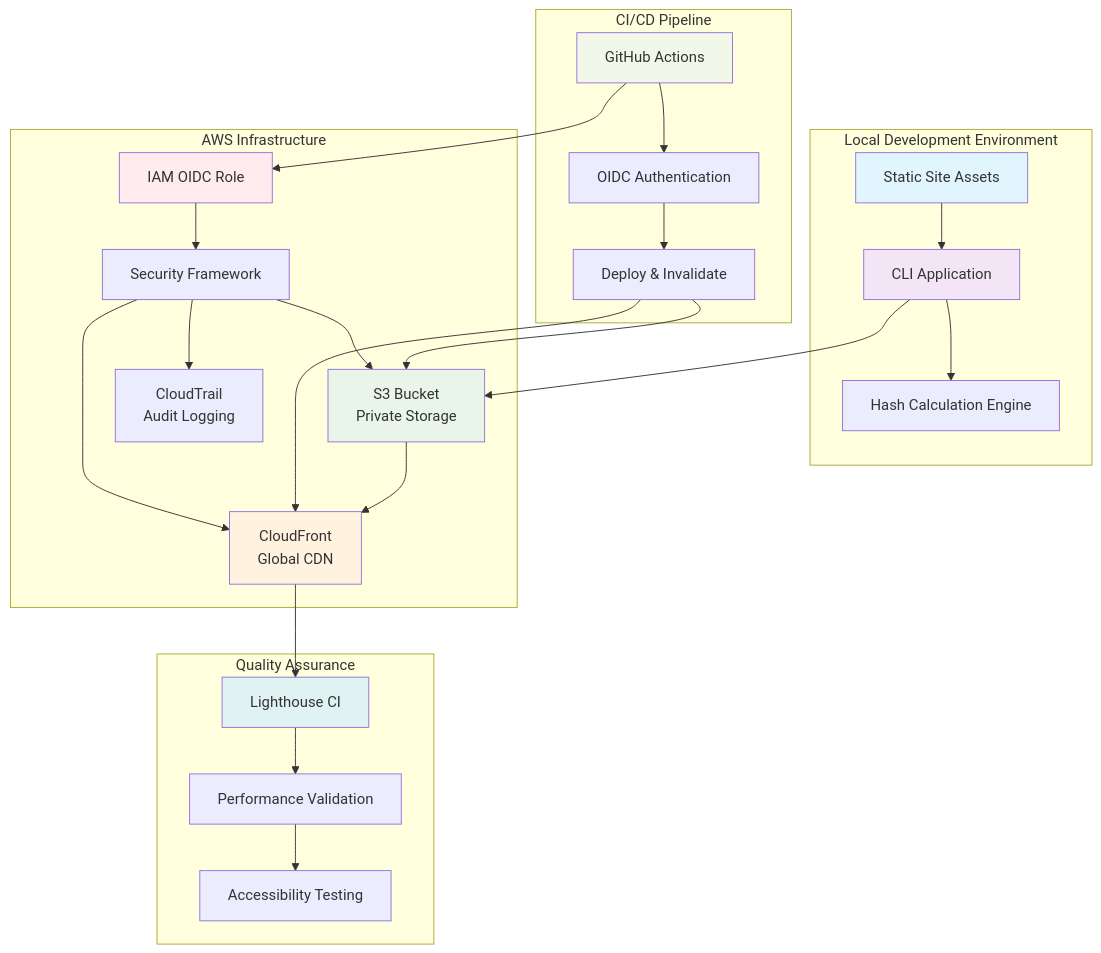
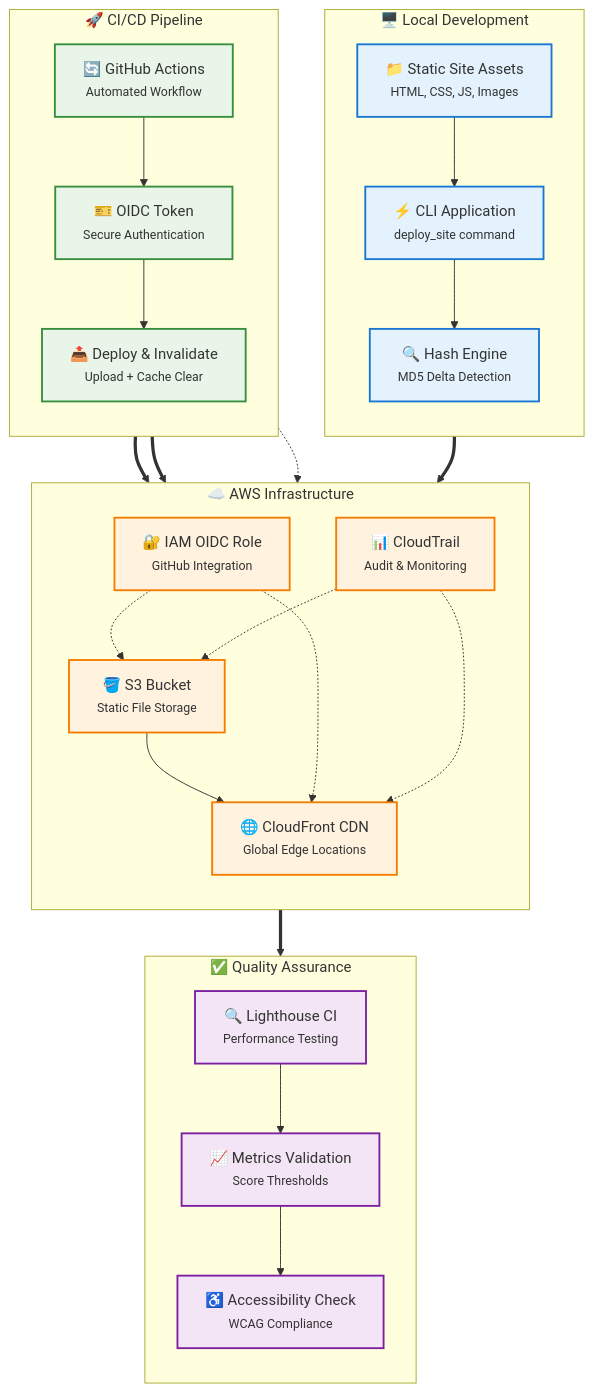
The first of 7 diagrams in README.md (RyanPatty/DevOps), drawn with Mermaid before and after one commit. The commit also changed other lines of this file and 2 other files, not shown here.

````diff
--- a/README.md
+++ b/README.md
@@ -118,40 +118,60 @@
 ```mermaid
-graph TB
-    subgraph "Local Development Environment"
-        A[Static Site Assets] --> B[CLI Application]
-        B --> C[Hash Calculation Engine]
+flowchart TB
+    subgraph DEV["🖥️ Local Development"]
+        direction TB
+        A["📁 Static Site Assets<br/><small>HTML, CSS, JS, Images</small>"] 
+        B["⚡ CLI Application<br/><small>deploy_site command</small>"]
+        C["🔍 Hash Engine<br/><small>MD5 Delta Detection</small>"]
+        A --> B
+        B --> C
     end
     
-    subgraph "AWS Infrastructure"
-        D[S3 Bucket<br/>Private Storage] --> E[CloudFront<br/>Global CDN]
-        F[IAM OIDC Role] --> G[Security Framework]
-        H[CloudTrail<br/>Audit Logging]
+    subgraph AWS["☁️ AWS Infrastructure"]
+        direction TB
+        D["🪣 S3 Bucket<br/><small>Static File Storage</small>"]
+        E["🌐 CloudFront CDN<br/><small>Global Edge Locations</small>"]
+        F["🔐 IAM OIDC Role<br/><small>GitHub Integration</small>"]
+        H["📊 CloudTrail<br/><small>Audit & Monitoring</small>"]
+        D --> E
+        F -.-> D
+        F -.-> E
+        H -.-> D
+        H -.-> E
     end
     
-    subgraph "CI/CD Pipeline"
-        I[GitHub Actions] --> J[OIDC Authentication]
-        J --> K[Deploy & Invalidate]
+    subgraph CICD["🚀 CI/CD Pipeline"]
+        direction TB
+        I["🔄 GitHub Actions<br/><small>Automated Workflow</small>"]
+        J["🎫 OIDC Token<br/><small>Secure Authentication</small>"]
+        K["📤 Deploy & Invalidate<br/><small>Upload + Cache Clear</small>"]
+        I --> J
+        J --> K
     end
     
-    subgraph "Quality Assurance"
-        L[Lighthouse CI] --> M[Performance Validation]
-        M --> N[Accessibility Testing]
+    subgraph QA["✅ Quality Assurance"]
+        direction TB
+        L["🔍 Lighthouse CI<br/><small>Performance Testing</small>"]
+        M["📈 Metrics Validation<br/><small>Score Thresholds</small>"]
+        N["♿ Accessibility Check<br/><small>WCAG Compliance</small>"]
+        L --> M
+        M --> N
     end
     
-    B --> D
-    K --> D
-    K --> E
-    E --> L
-    I --> F
-    G --> D
-    G --> E
-    G --> H
+    %% Cross-subgraph connections
+    B ==> D
+    K ==> D
+    K ==> E
+    E ==> L
+    I -.-> F
     
-    style A fill:#e1f5fe
-    style B fill:#f3e5f5
-    style D fill:#e8f5e8
-    style E fill:#fff3e0
-    style F fill:#ffebee
-    style I fill:#f1f8e9
-    style L fill:#e0f2f1
+    %% Styling
+    classDef devStyle fill:#e3f2fd,stroke:#1976d2,stroke-width:2px
+    classDef awsStyle fill:#fff3e0,stroke:#f57c00,stroke-width:2px
+    classDef cicdStyle fill:#e8f5e8,stroke:#388e3c,stroke-width:2px
+    classDef qaStyle fill:#f3e5f5,stroke:#7b1fa2,stroke-width:2px
+    
+    class A,B,C devStyle
+    class D,E,F,H awsStyle
+    class I,J,K cicdStyle
+    class L,M,N qaStyle
 ```
````
